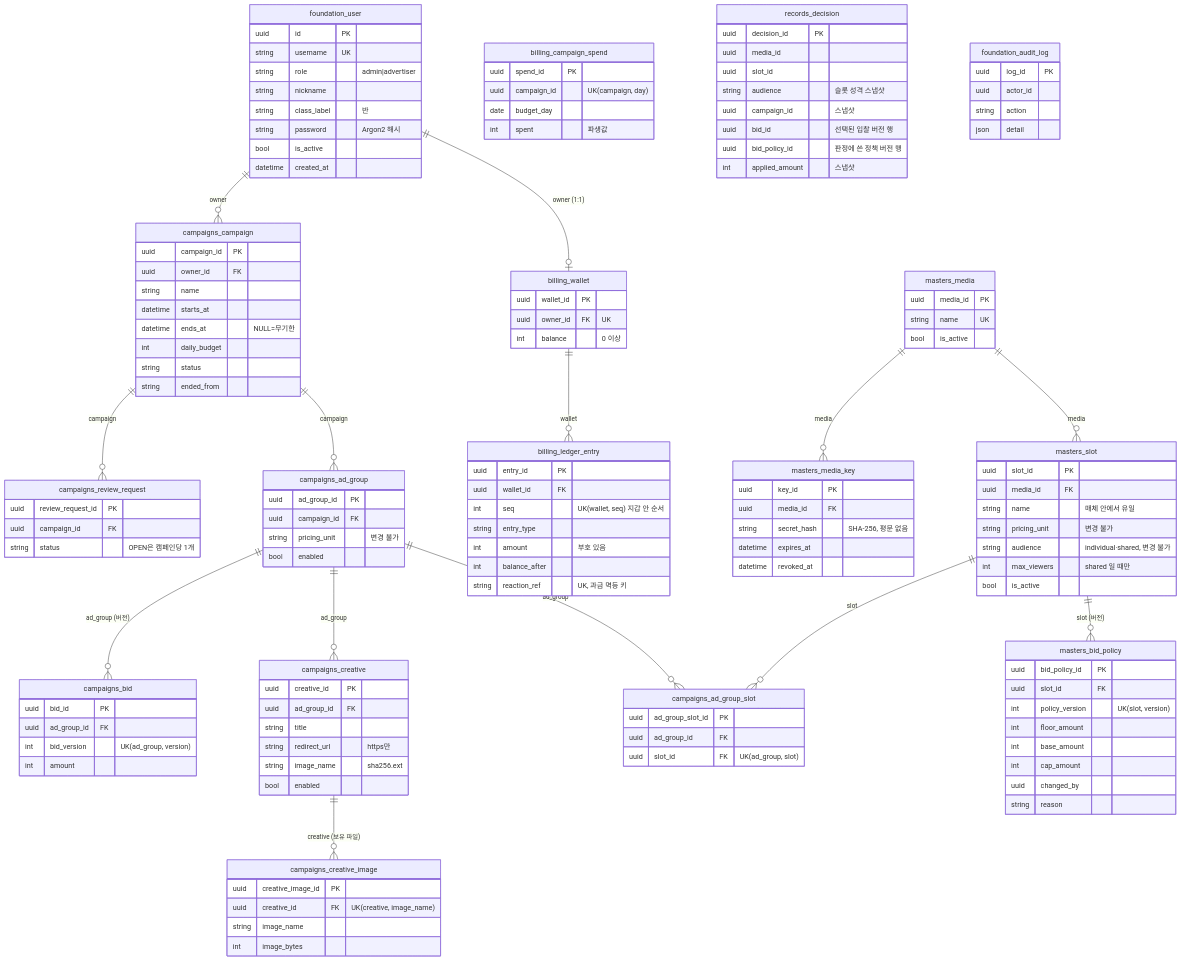
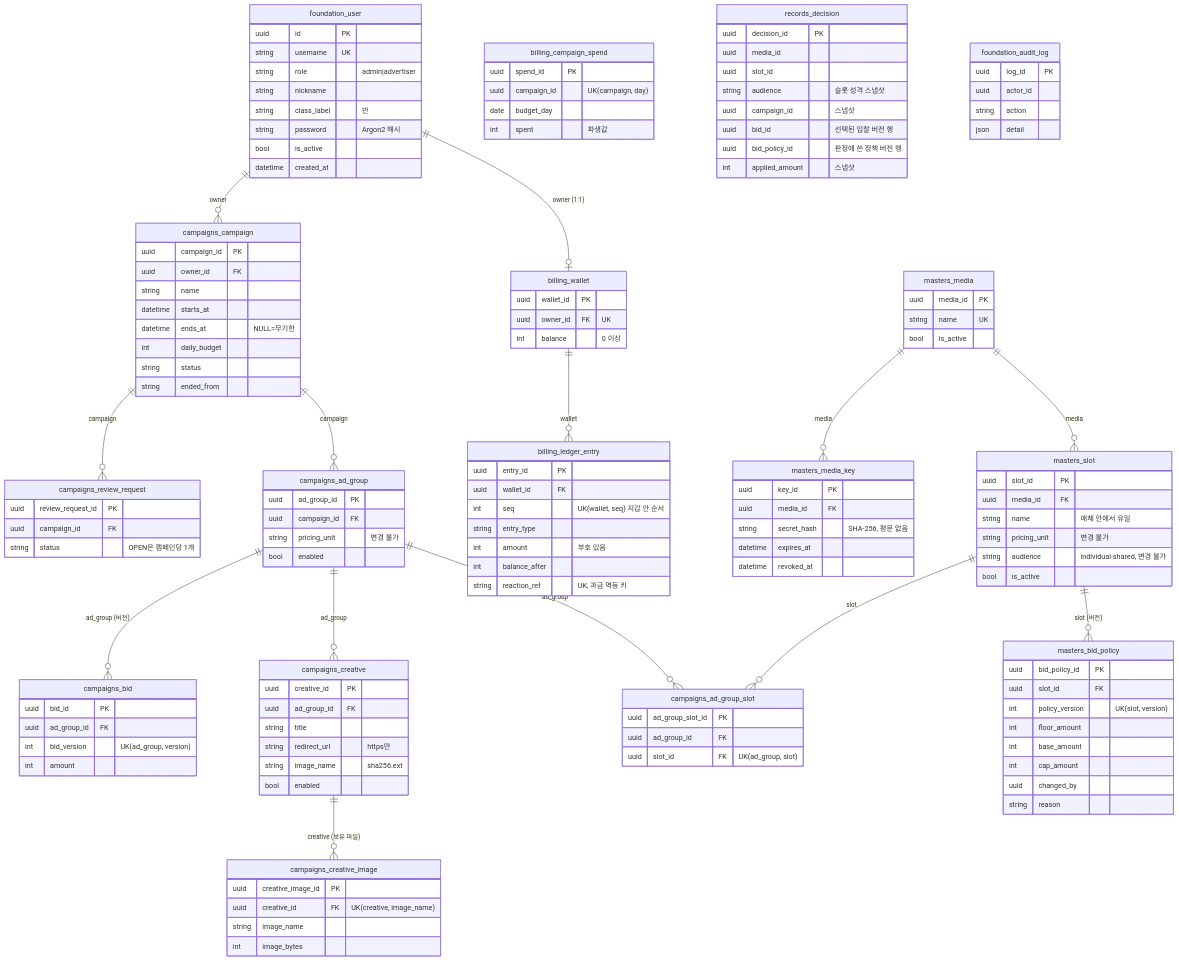
One commit to encore-ai-campus/mlo-01-p3-team2 changed the second of 7 diagrams in docs/ads-server/ads-server-drd.md. Above: the diagram before and after it, drawn with Mermaid. The commit also changed other lines of this file and 5 other files, not shown here.

First line of the commit message:
[Doc] 광고 서버 2-7 보완 — 슬롯별 인원 상한(max_viewers) 제거(#10)

```diff
--- a/docs/ads-server/ads-server-drd.md
+++ b/docs/ads-server/ads-server-drd.md
@@ -173,7 +173,6 @@
         string name "매체 안에서 유일"
         string pricing_unit "변경 불가"
         string audience "individual·shared, 변경 불가"
-        int max_viewers "shared 일 때만"
         bool is_active
     }
     masters_bid_policy {
```
